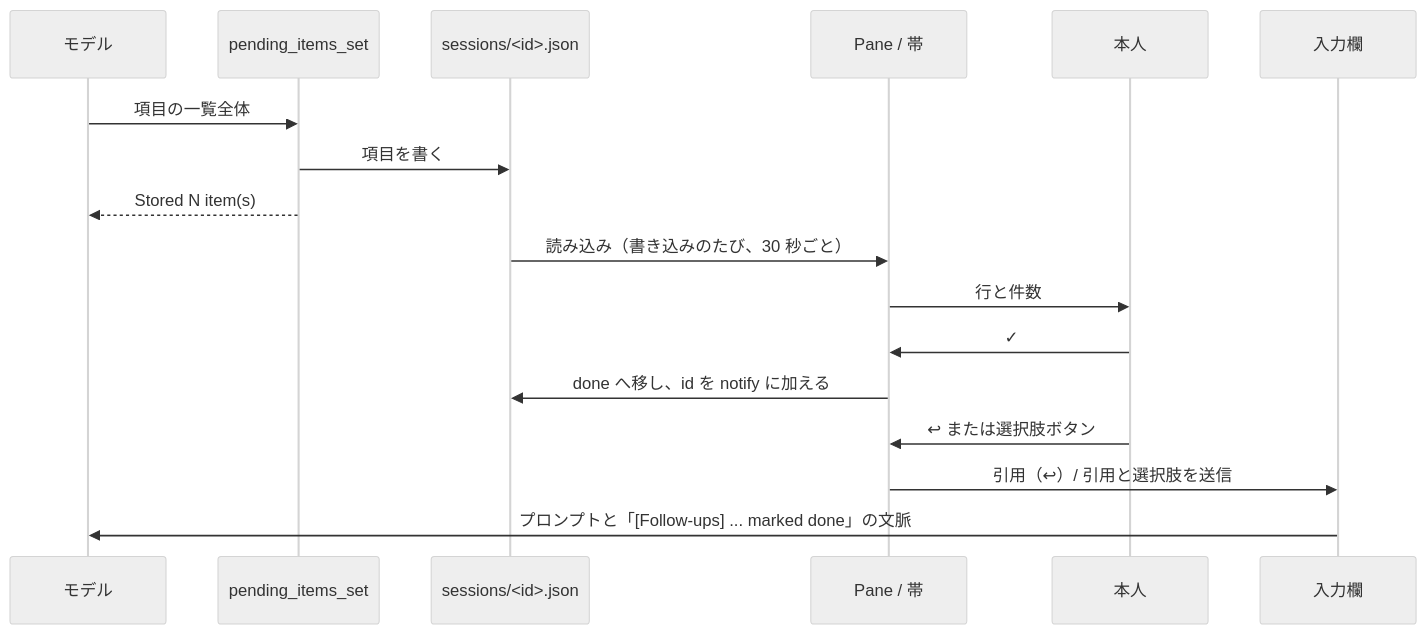
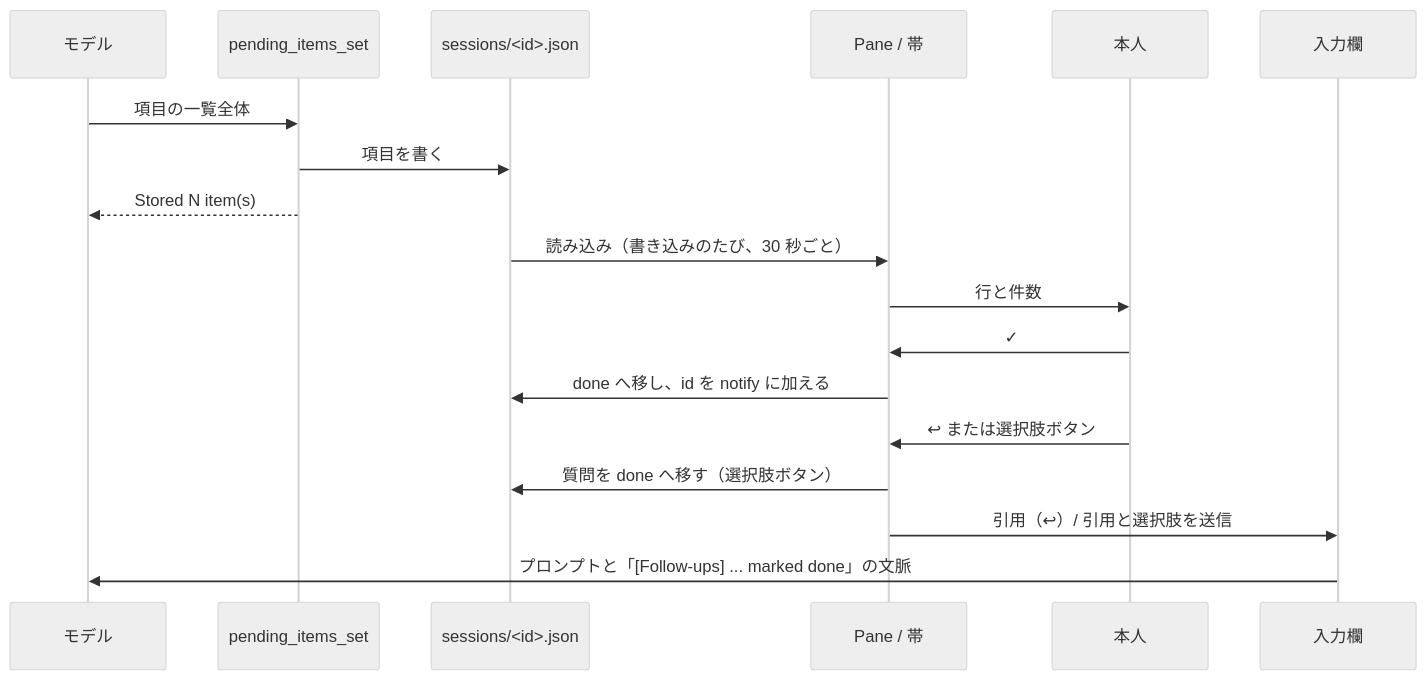
Before and after one commit to hota911/claude-follow-ups: the diagram in README.ja.md, drawn with Mermaid (neutral theme). The commit also changed other lines of this file and 7 other files, not shown here.

````diff
--- a/README.ja.md
+++ b/README.ja.md
@@ -130,19 +130,20 @@
 ```mermaid
 sequenceDiagram
     participant M as モデル
     participant T as pending_items_set
     participant F as sessions/<id>.json
     participant P as Pane / 帯
     participant U as 本人
     participant B as 入力欄
     M->>T: 項目の一覧全体
     T->>F: 項目を書く
     T-->>M: Stored N item(s)
     F->>P: 読み込み（書き込みのたび、30 秒ごと）
     P->>U: 行と件数
     U->>P: ✓
     P->>F: done へ移し、id を notify に加える
     U->>P: ↩ または選択肢ボタン
+    P->>F: 質問を done へ移す（選択肢ボタン）
     P->>B: 引用（↩）/ 引用と選択肢を送信
     B->>M: プロンプトと「[Follow-ups] ... marked done」の文脈
 ```
````
